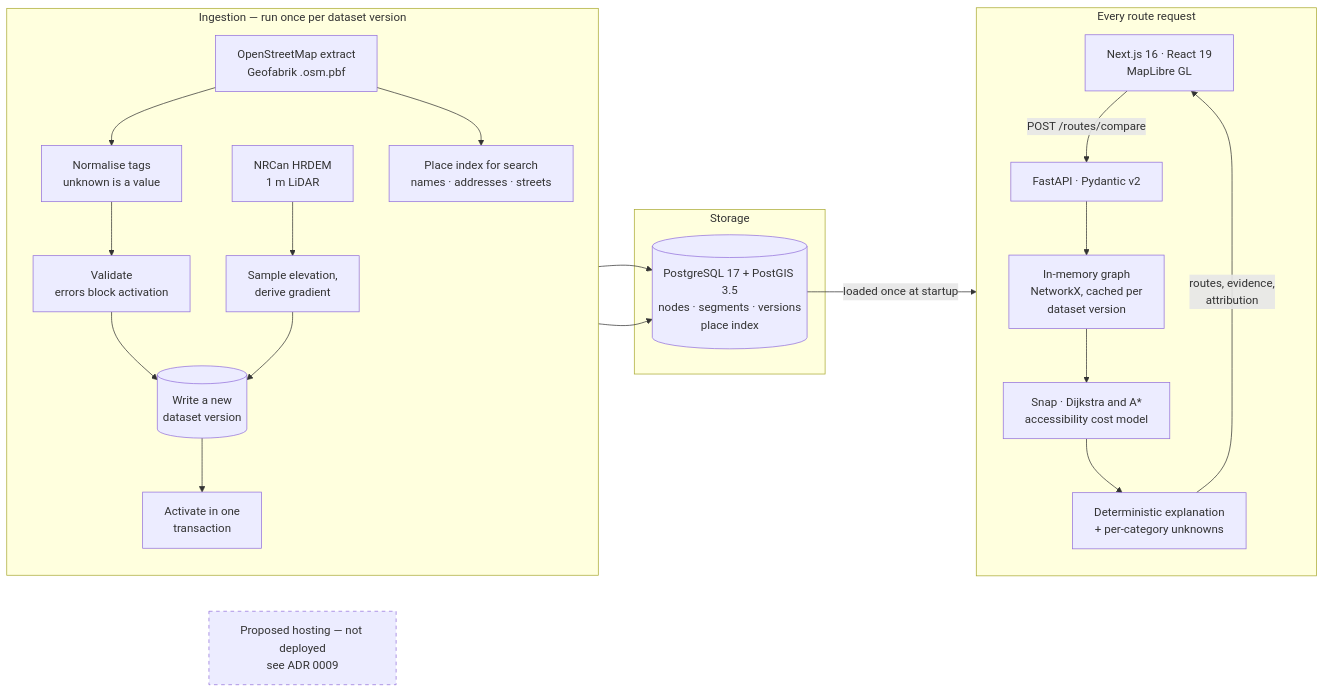
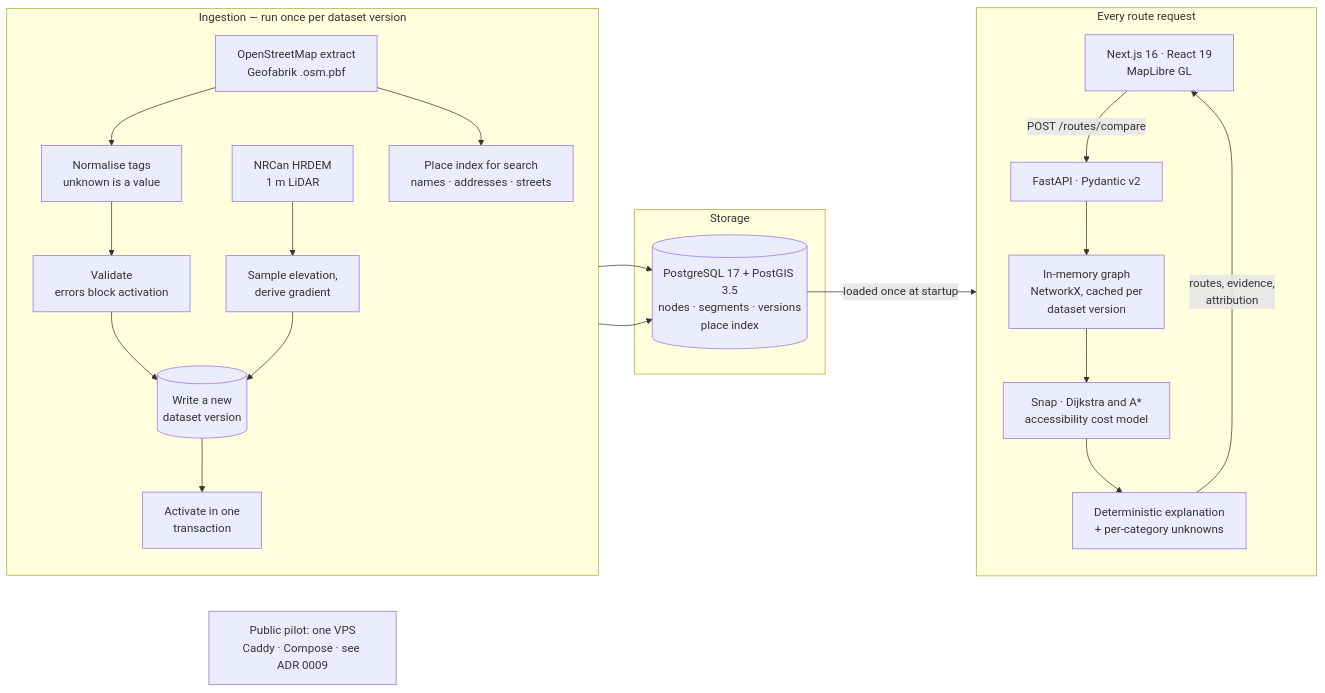
One commit to s2002kumar/pathable-ai changed the diagram in README.md. Above: the diagram before and after it, drawn with Mermaid. The commit also changed other lines of this file and 10 other files, not shown here.

First line of the commit message:
docs(deploy): record the public pilot on one VPS

````diff
--- a/README.md
+++ b/README.md
@@ -72,33 +73,32 @@
 ```mermaid
 flowchart LR
   subgraph ingest["Ingestion — run once per dataset version"]
     direction TB
     OSM["OpenStreetMap extract<br/>Geofabrik .osm.pbf"] --> NORM["Normalise tags<br/>unknown is a value"]
     NORM --> VALID["Validate<br/>errors block activation"]
     VALID --> WRITE[("Write a new<br/>dataset version")]
     HRDEM["NRCan HRDEM<br/>1 m LiDAR"] --> ELEV["Sample elevation,<br/>derive gradient"]
     ELEV --> WRITE
     WRITE --> ACT["Activate in one<br/>transaction"]
     OSM --> GAZ["Place index for search<br/>names · addresses · streets"]
   end
 
   subgraph store["Storage"]
     PG[("PostgreSQL 17 + PostGIS 3.5<br/>nodes · segments · versions<br/>place index")]
   end
 
   subgraph request["Every route request"]
     direction TB
     WEB["Next.js 16 · React 19<br/>MapLibre GL"] -->|"POST /routes/compare"| API["FastAPI · Pydantic v2"]
     API --> GRAPH["In-memory graph<br/>NetworkX, cached per<br/>dataset version"]
     GRAPH --> COST["Snap · Dijkstra and A*<br/>accessibility cost model"]
     COST --> EXPL["Deterministic explanation<br/>+ per-category unknowns"]
     EXPL -->|"routes, evidence,<br/>attribution"| WEB
   end
 
   ACT --> PG
   GAZ --> PG
   PG -->|"loaded once at startup"| GRAPH
 
-  classDef future stroke-dasharray: 5 5
-  DEPLOY["Proposed hosting — not deployed<br/>see ADR 0009"]:::future
+  DEPLOY["Public pilot: one VPS<br/>Caddy · Compose · see ADR 0009"]
 ```
````
